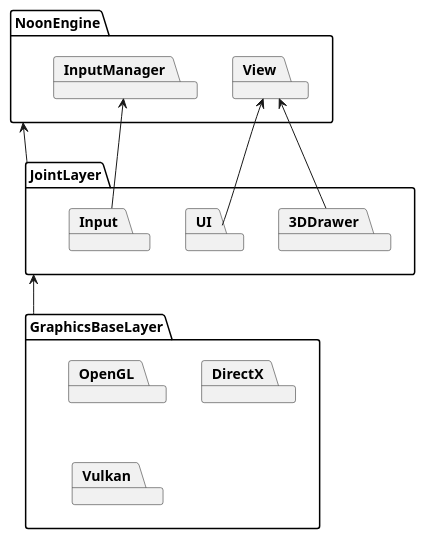
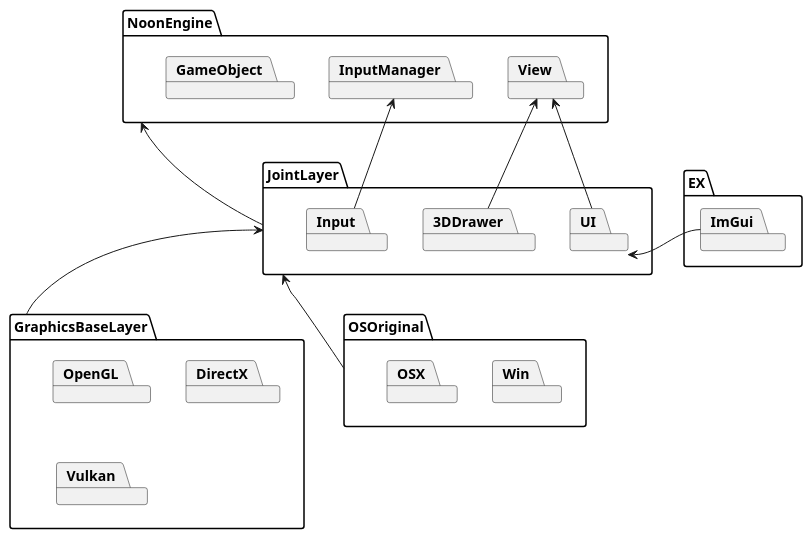
The diagram in diagram/PackageDia.pu (Noon-R/NoonsEngine), drawn with PlantUML before and after one commit. The commit also changed 1 other file, not shown here.

Commit message:
add diagram

```diff
--- a/diagram/PackageDia.pu
+++ b/diagram/PackageDia.pu
@@ -1,28 +1,41 @@
 @startuml PackageDia
 
 package GraphicsBaseLayer{
     package OpenGL
     package DirectX
     package Vulkan
 }
 
 package NoonEngine{
     package View
+    package GameObject
     package InputManager
 }
 
 package JointLayer{
     package 3DDrawer
     package Input 
     package UI
 }
 
+package OSOriginal{
+    package Win
+    package OSX
+}
+
+package EX{
+    package ImGui
+}
+
 NoonEngine <-- JointLayer 
 JointLayer <-- GraphicsBaseLayer
+JointLayer <-- OSOriginal
+
+UI <- ImGui
 
 View <- 3DDrawer
 View <- UI
 
 InputManager <- Input
 
 @enduml
```
